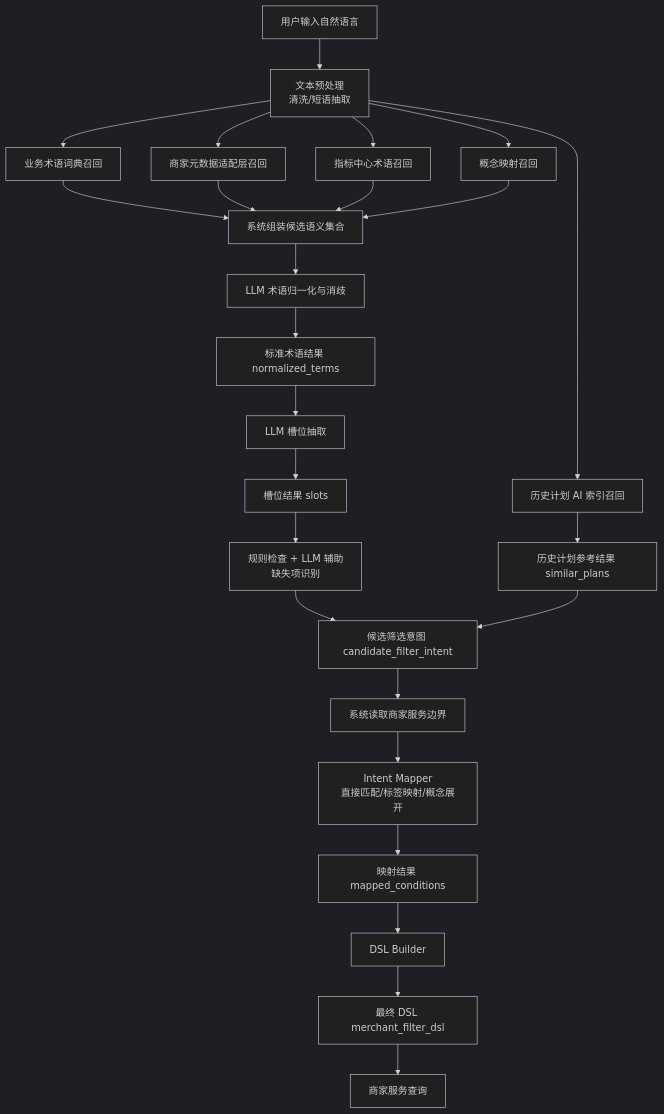
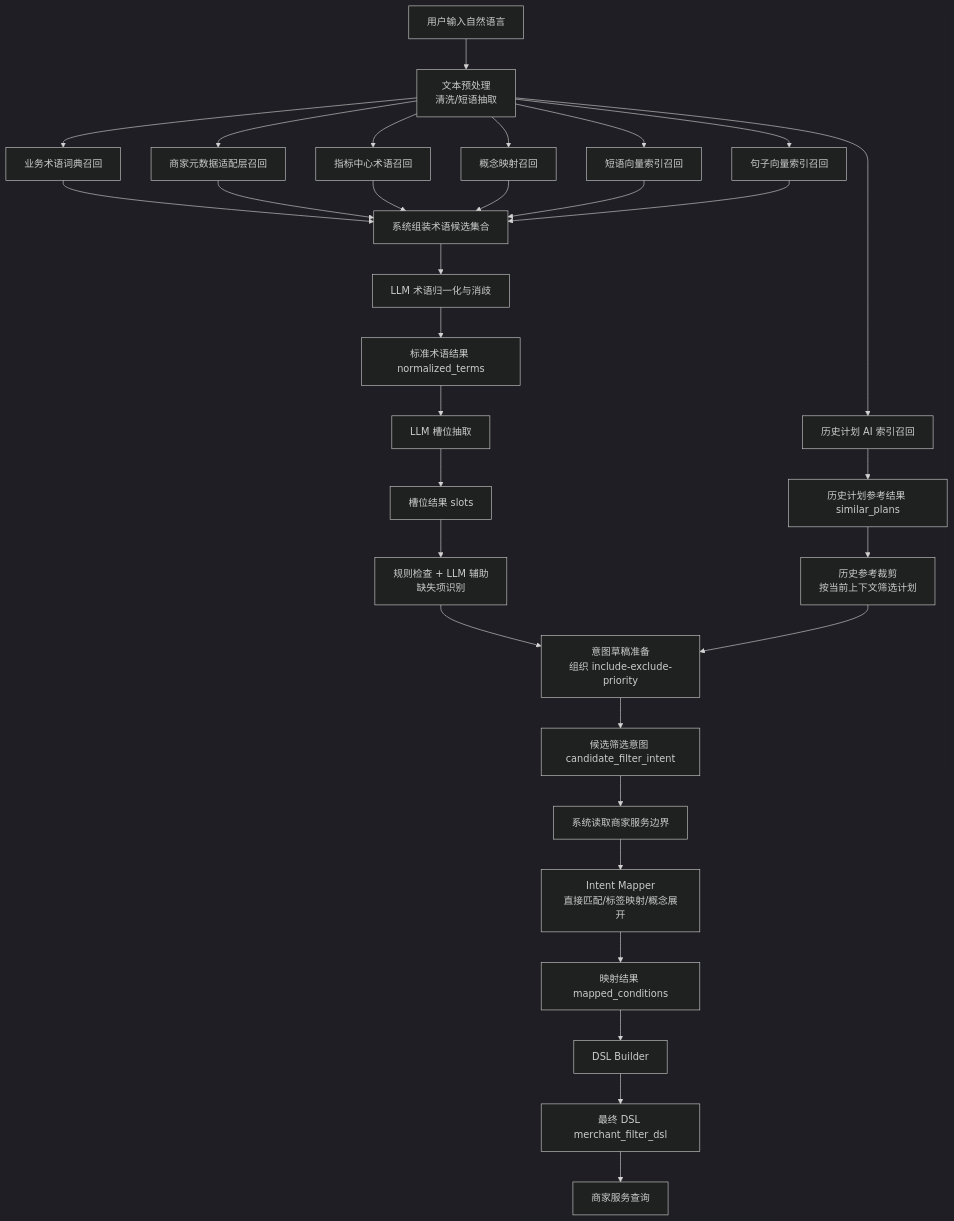
Before and after one commit to zhixiongzhou02/task: the first of 3 diagrams in docs/任务分配与自动检核系统AI方案/02-自然语言计划生成/01-总方案/02-意图理解与筛选映射.md, drawn with Mermaid (dark theme). The commit also changed other lines of this file and 1 other file, not shown here.

Commit message:
docs: refine intent flow references and scoring

````diff
--- a/docs/任务分配与自动检核系统AI方案/02-自然语言计划生成/01-总方案/02-意图理解与筛选映射.md
+++ b/docs/任务分配与自动检核系统AI方案/02-自然语言计划生成/01-总方案/02-意图理解与筛选映射.md
@@ -64,30 +64,36 @@
 ```mermaid
 flowchart TD
     A["用户输入自然语言"] --> B["文本预处理<br/>清洗/短语抽取"]
 
     B --> C1["业务术语词典召回"]
     B --> C2["商家元数据适配层召回"]
     B --> C3["指标中心术语召回"]
     B --> C4["概念映射召回"]
+    B --> C6["短语向量索引召回"]
+    B --> C7["句子向量索引召回"]
     B --> C5["历史计划 AI 索引召回"]
 
-    C1 --> D["系统组装候选语义集合"]
+    C1 --> D["系统组装术语候选集合"]
     C2 --> D
     C3 --> D
     C4 --> D
+    C6 --> D
+    C7 --> D
     C5 --> R["历史计划参考结果 similar_plans"]
+    R --> R1["历史参考裁剪<br/>按当前上下文筛选计划"]
 
     D --> E["LLM 术语归一化与消歧"]
     E --> F["标准术语结果 normalized_terms"]
     F --> G["LLM 槽位抽取"]
     G --> H["槽位结果 slots"]
     H --> I["规则检查 + LLM 辅助<br/>缺失项识别"]
-    I --> J["候选筛选意图 candidate_filter_intent"]
-    R --> J
+    I --> J1["意图草稿准备<br/>组织 include-exclude-priority"]
+    R1 --> J1
+    J1 --> J["候选筛选意图 candidate_filter_intent"]
     J --> K["系统读取商家服务边界"]
     K --> L["Intent Mapper<br/>直接匹配/标签映射/概念展开"]
     L --> M["映射结果 mapped_conditions"]
     M --> N["DSL Builder"]
     N --> O["最终 DSL merchant_filter_dsl"]
     O --> P["商家服务查询"]
 ```
````
